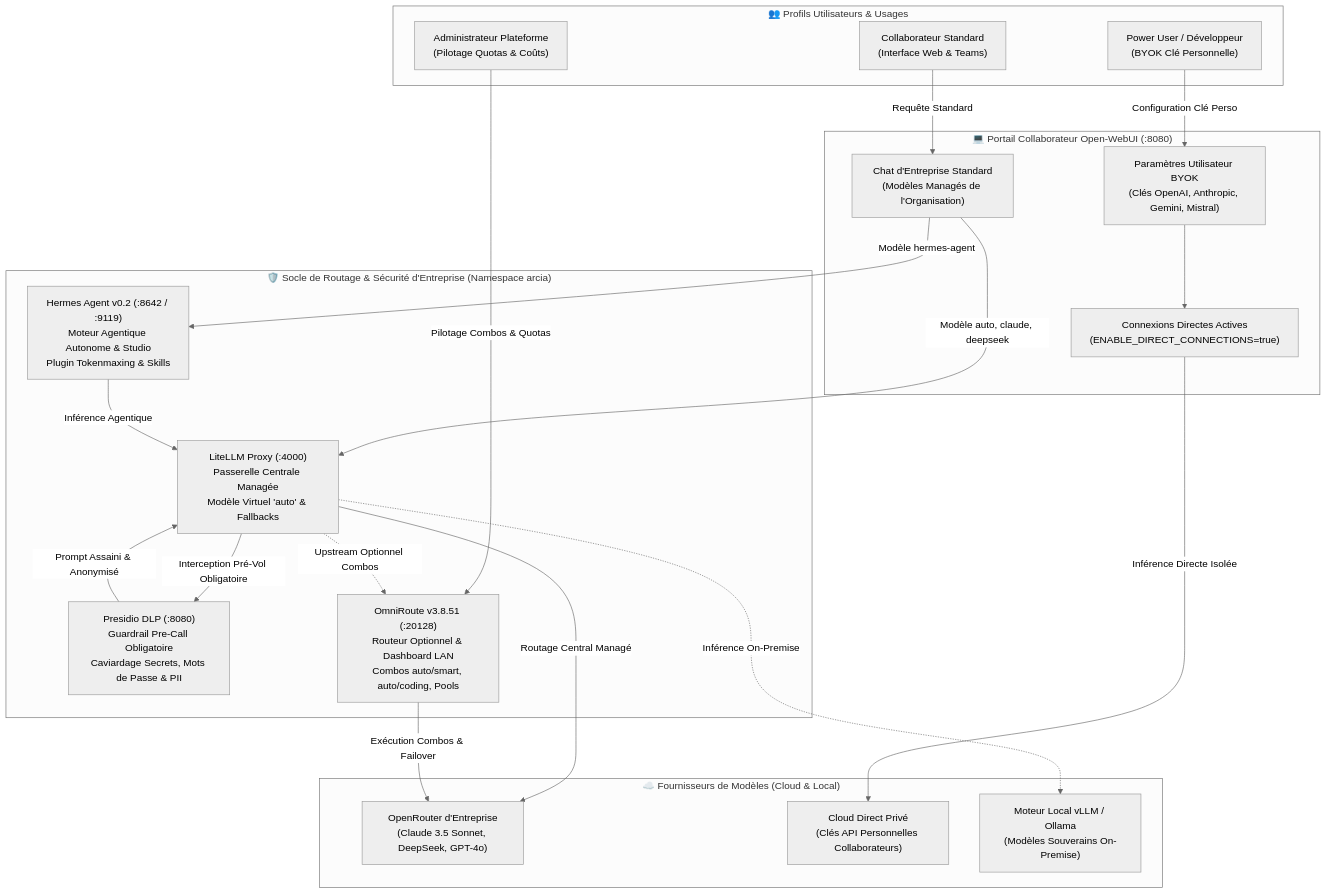
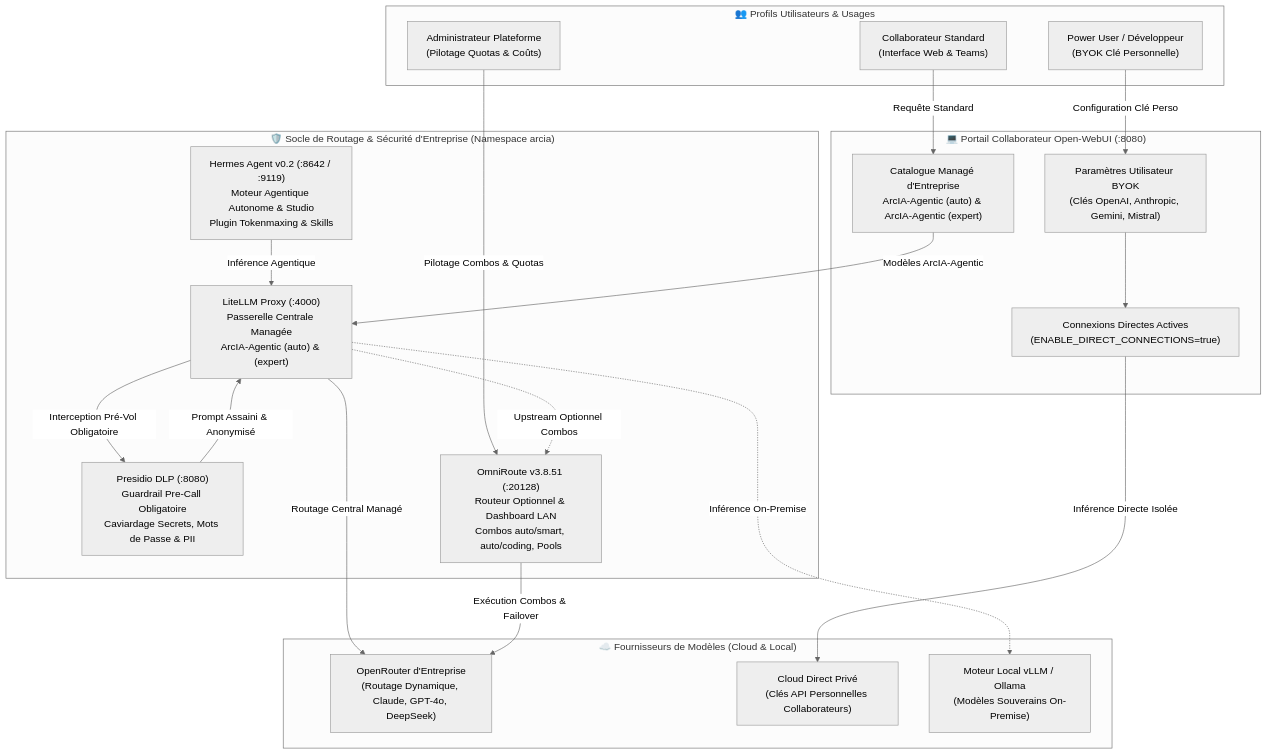
The second of 2 diagrams in README.md (nicolastheuil/ArcIA), drawn with Mermaid (neutral theme) before and after one commit. The commit also changed other lines of this file and 9 other files, not shown here.

Commit message:
feat(models): standardize model catalog to ArcIA-Agentic (auto) and (expert) + user BYOK

````diff
--- a/README.md
+++ b/README.md
@@ -148,48 +148,46 @@
 ```mermaid
 flowchart TD
     subgraph Users ["👥 Profils Utilisateurs & Usages"]
         StandardUser["Collaborateur Standard<br/>(Interface Web & Teams)"]
         PowerUser["Power User / Développeur<br/>(BYOK Clé Personnelle)"]
         AdminUser["Administrateur Plateforme<br/>(Pilotage Quotas & Coûts)"]
     end
 
     subgraph WebUI ["💻 Portail Collaborateur Open-WebUI (:8080)"]
-        DefaultChat["Chat d'Entreprise Standard<br/>(Modèles Managés de l'Organisation)"]
+        DefaultChat["Catalogue Managé d'Entreprise<br/>ArcIA-Agentic (auto) & ArcIA-Agentic (expert)"]
         BYOKSettings["Paramètres Utilisateur BYOK<br/>(Clés OpenAI, Anthropic, Gemini, Mistral)"]
         DirectConn["Connexions Directes Actives<br/>(ENABLE_DIRECT_CONNECTIONS=true)"]
     end
 
     subgraph CoreRouting ["🛡️ Socle de Routage & Sécurité d'Entreprise (Namespace arcia)"]
-        LiteLLMProxy["LiteLLM Proxy (:4000)<br/>Passerelle Centrale Managée<br/>Modèle Virtuel 'auto' & Fallbacks"]
+        LiteLLMProxy["LiteLLM Proxy (:4000)<br/>Passerelle Centrale Managée<br/>ArcIA-Agentic (auto) & (expert)"]
         PresidioDLP["Presidio DLP (:8080)<br/>Guardrail Pre-Call Obligatoire<br/>Caviardage Secrets, Mots de Passe & PII"]
         OmniRouteRouter["OmniRoute v3.8.51 (:20128)<br/>Routeur Optionnel & Dashboard LAN<br/>Combos auto/smart, auto/coding, Pools"]
         HermesEngine["Hermes Agent v0.2 (:8642 / :9119)<br/>Moteur Agentique Autonome & Studio<br/>Plugin Tokenmaxing & Skills"]
     end
 
     subgraph Providers ["☁️ Fournisseurs de Modèles (Cloud & Local)"]
-        OpenRouterAPI["OpenRouter d'Entreprise<br/>(Claude 3.5 Sonnet, DeepSeek, GPT-4o)"]
+        OpenRouterAPI["OpenRouter d'Entreprise<br/>(Routage Dynamique, Claude, GPT-4o, DeepSeek)"]
         PrivateCloud["Cloud Direct Privé<br/>(Clés API Personnelles Collaborateurs)"]
         LocalVLLM["Moteur Local vLLM / Ollama<br/>(Modèles Souverains On-Premise)"]
     end
 
     StandardUser -->|Requête Standard| DefaultChat
     PowerUser -->|Configuration Clé Perso| BYOKSettings
     AdminUser -->|Pilotage Combos & Quotas| OmniRouteRouter
 
     BYOKSettings --> DirectConn
     DirectConn -->|Inférence Directe Isolée| PrivateCloud
 
-    DefaultChat -->|Modèle auto, claude, deepseek| LiteLLMProxy
-    DefaultChat -->|Modèle hermes-agent| HermesEngine
-
+    DefaultChat -->|Modèles ArcIA-Agentic| LiteLLMProxy
     HermesEngine -->|Inférence Agentique| LiteLLMProxy
 
     LiteLLMProxy -->|Interception Pré-Vol Obligatoire| PresidioDLP
     PresidioDLP -->|Prompt Assaini & Anonymisé| LiteLLMProxy
 
     LiteLLMProxy -->|Routage Central Managé| OpenRouterAPI
     LiteLLMProxy -.->|Upstream Optionnel Combos| OmniRouteRouter
     LiteLLMProxy -.->|Inférence On-Premise| LocalVLLM
 
     OmniRouteRouter -->|Exécution Combos & Failover| OpenRouterAPI
 ```
````
